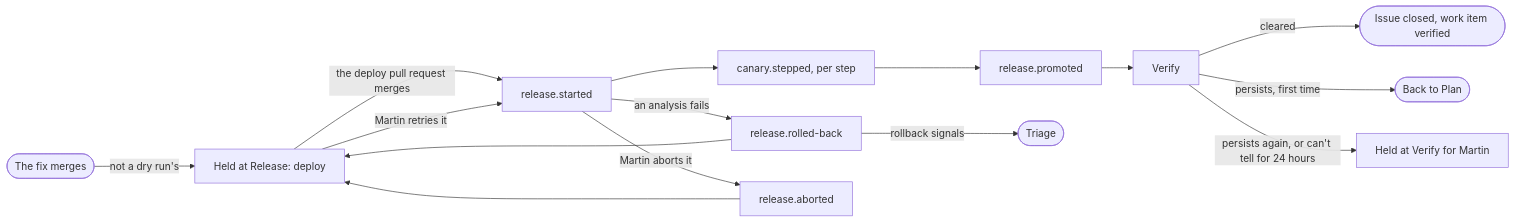
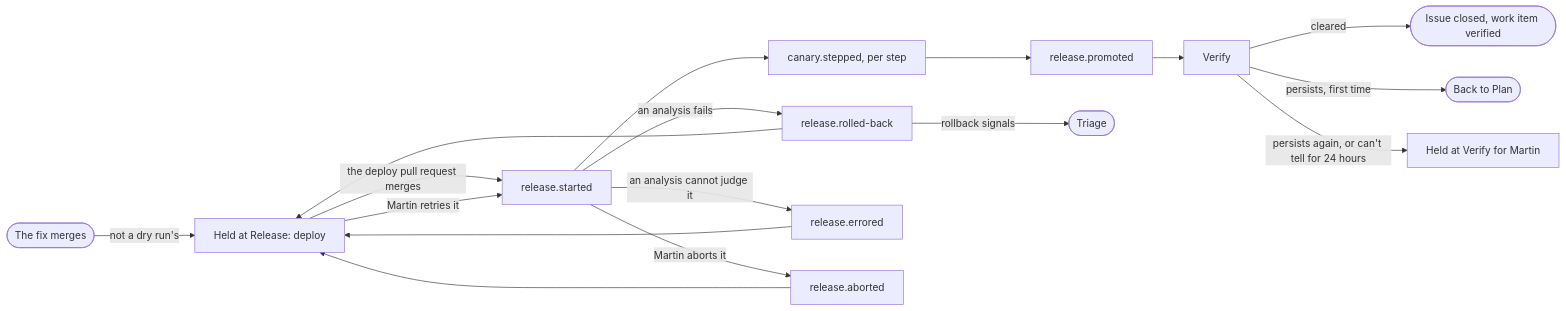
One commit to mrogan/cv-software-factory changed the diagram in docs/COMPONENTS/RELEASE-AND-VERIFY.md. Above: the diagram before and after it, drawn with Mermaid. The commit also changed other lines of this file and 39 other files, not shown here.

````diff
--- a/docs/COMPONENTS/RELEASE-AND-VERIFY.md
+++ b/docs/COMPONENTS/RELEASE-AND-VERIFY.md
@@ -8,17 +8,19 @@
 ```mermaid
 flowchart LR
   merged([The fix merges]) -- "not a dry run's" --> held[Held at Release: deploy]
   held -- the deploy pull request merges --> started[release.started]
   started --> stepped[canary.stepped, per step]
   stepped --> promoted[release.promoted]
   started -- "an analysis fails" --> rolledback[release.rolled-back]
+  started -- "an analysis cannot judge it" --> errored[release.errored]
   started -- "Martin aborts it" --> aborted[release.aborted]
   rolledback -- rollback signals --> triage([Triage])
   rolledback --> held
+  errored --> held
   aborted --> held
   held -- "Martin retries it" --> started
   promoted --> verify[Verify]
   verify -- cleared --> closed([Issue closed, work item verified])
   verify -- persists, first time --> plan([Back to Plan])
   verify -- "persists again, or can't tell for 24 hours" --> hold[Held at Verify for Martin]
 ```
````
